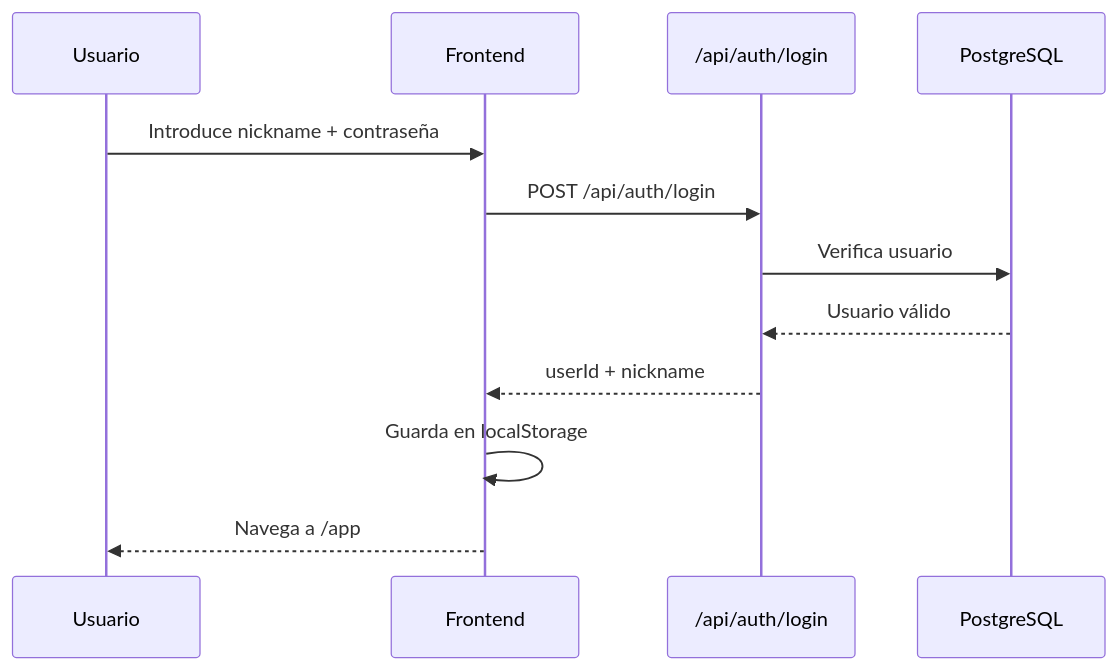
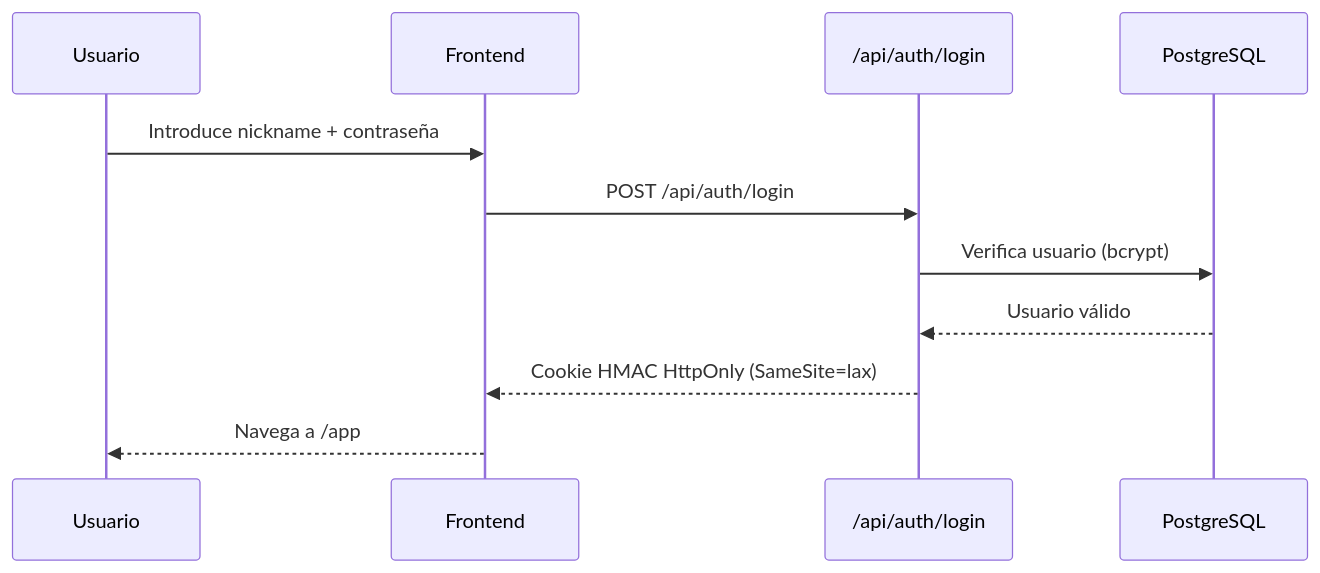
The third of 7 diagrams in docs/DIAGRAMA_APP.md (MASTER-AI-XRB/TFM), drawn with Mermaid before and after one commit. The commit also changed other lines of this file and 17 other files, not shown here.

````diff
--- a/docs/DIAGRAMA_APP.md
+++ b/docs/DIAGRAMA_APP.md
@@ -46,15 +46,14 @@
 ```mermaid
 sequenceDiagram
   participant U as Usuario
   participant UI as Frontend
   participant API as /api/auth/login
   participant DB as PostgreSQL
 
   U->>UI: Introduce nickname + contraseña
   UI->>API: POST /api/auth/login
-  API->>DB: Verifica usuario
+  API->>DB: Verifica usuario (bcrypt)
   DB-->>API: Usuario válido
-  API-->>UI: userId + nickname
-  UI->>UI: Guarda en localStorage
+  API-->>UI: Cookie HMAC HttpOnly (SameSite=lax)
   UI-->>U: Navega a /app
 ```
````
